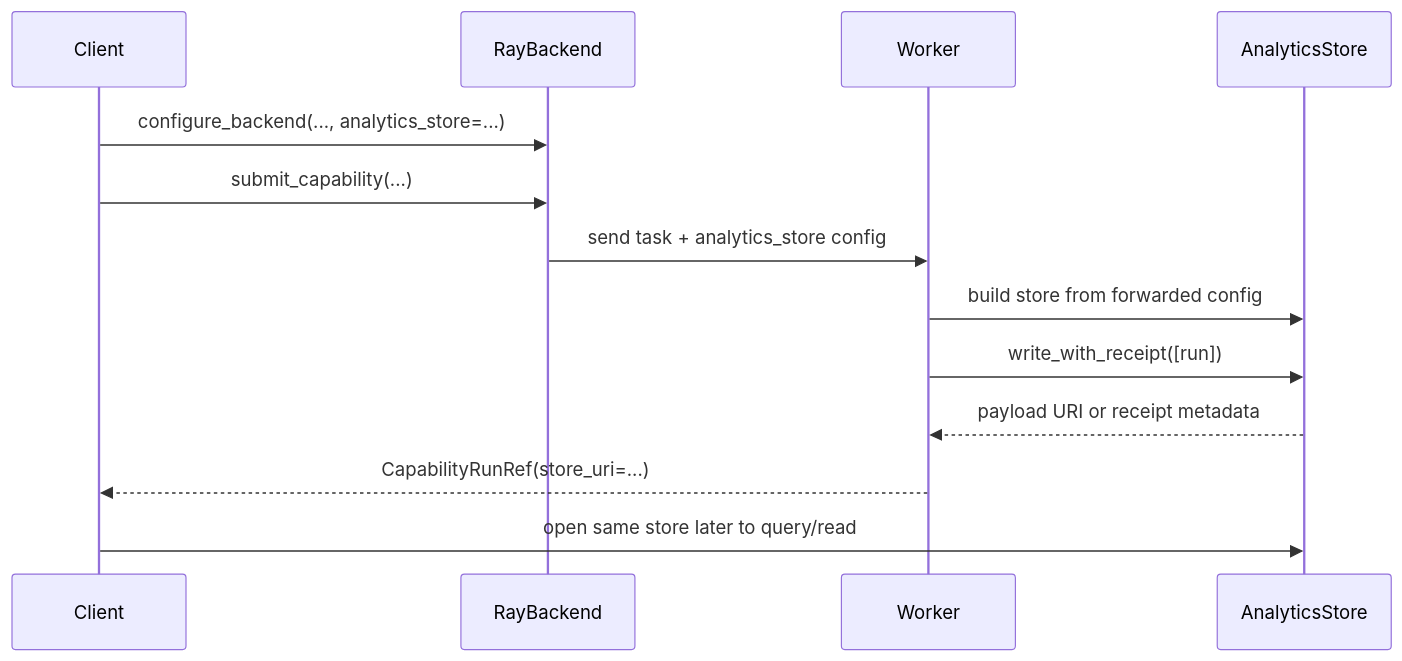
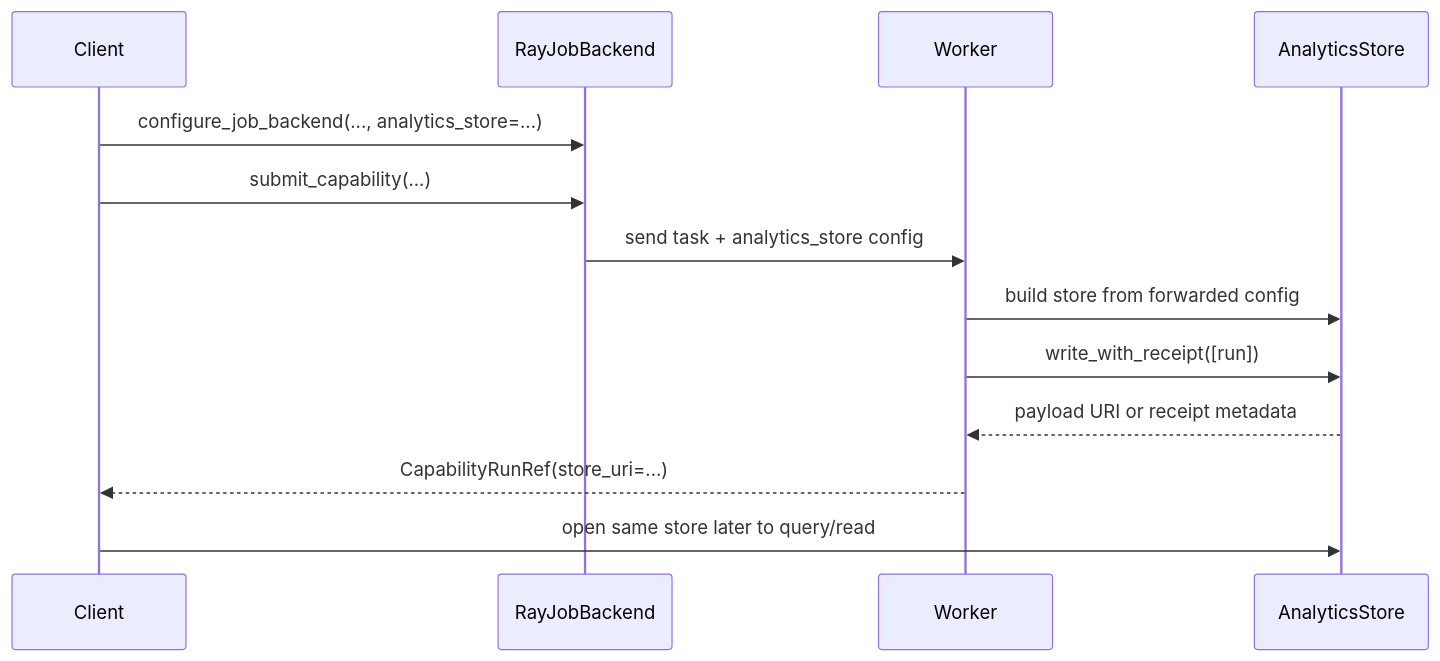
The diagram in docs/development/job_submission/analytics_store.md (openteams-ai/checkmaite), drawn with Mermaid before and after one commit. The commit also changed other lines of this file and 25 other files, not shown here.

````diff
--- a/docs/development/job_submission/analytics_store.md
+++ b/docs/development/job_submission/analytics_store.md
@@ -43,16 +43,16 @@
 ```mermaid
 sequenceDiagram
     participant Client
-    participant Backend as RayBackend
+    participant JobBackend as RayJobBackend
     participant Worker
     participant Store as AnalyticsStore
 
-    Client->>Backend: configure_backend(..., analytics_store=...)
-    Client->>Backend: submit_capability(...)
-    Backend->>Worker: send task + analytics_store config
+    Client->>JobBackend: configure_job_backend(..., analytics_store=...)
+    Client->>JobBackend: submit_capability(...)
+    JobBackend->>Worker: send task + analytics_store config
     Worker->>Store: build store from forwarded config
     Worker->>Store: write_with_receipt([run])
     Store-->>Worker: payload URI or receipt metadata
     Worker-->>Client: CapabilityRunRef(store_uri=...)
     Client->>Store: open same store later to query/read
 ```
````
